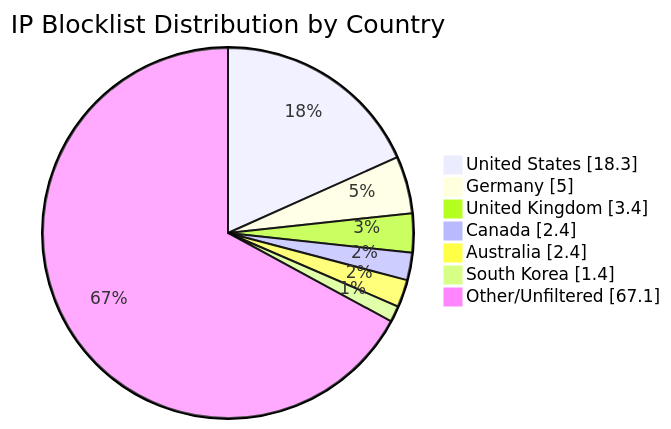
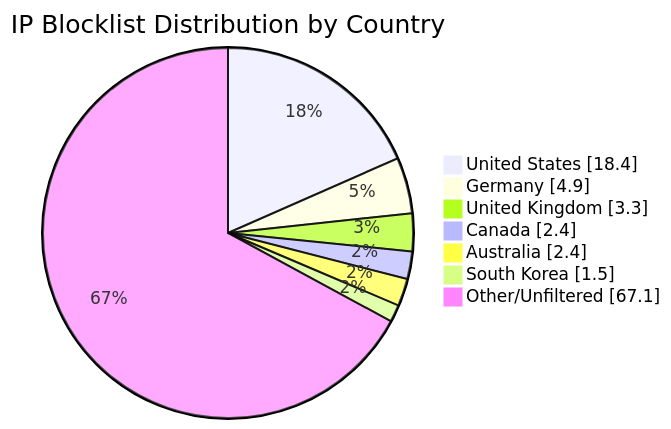
Before and after one commit to MarcusHoltz/ipblocklist-geofiltered-aggregator: the diagram in README.md, drawn with Mermaid. The commit also changed other lines of this file and 9 other files, not shown here.

````diff
--- a/README.md
+++ b/README.md
@@ -34,10 +34,10 @@
 ```mermaid
 pie showData title IP Blocklist Distribution by Country
-"United States" : 18.3
-"Germany" : 5.0
-"United Kingdom" : 3.4
+"United States" : 18.4
+"Germany" : 4.9
+"United Kingdom" : 3.3
 "Canada" : 2.4
 "Australia" : 2.4
-"South Korea" : 1.4
+"South Korea" : 1.5
 "Other/Unfiltered" : 67.1
 ```
````
